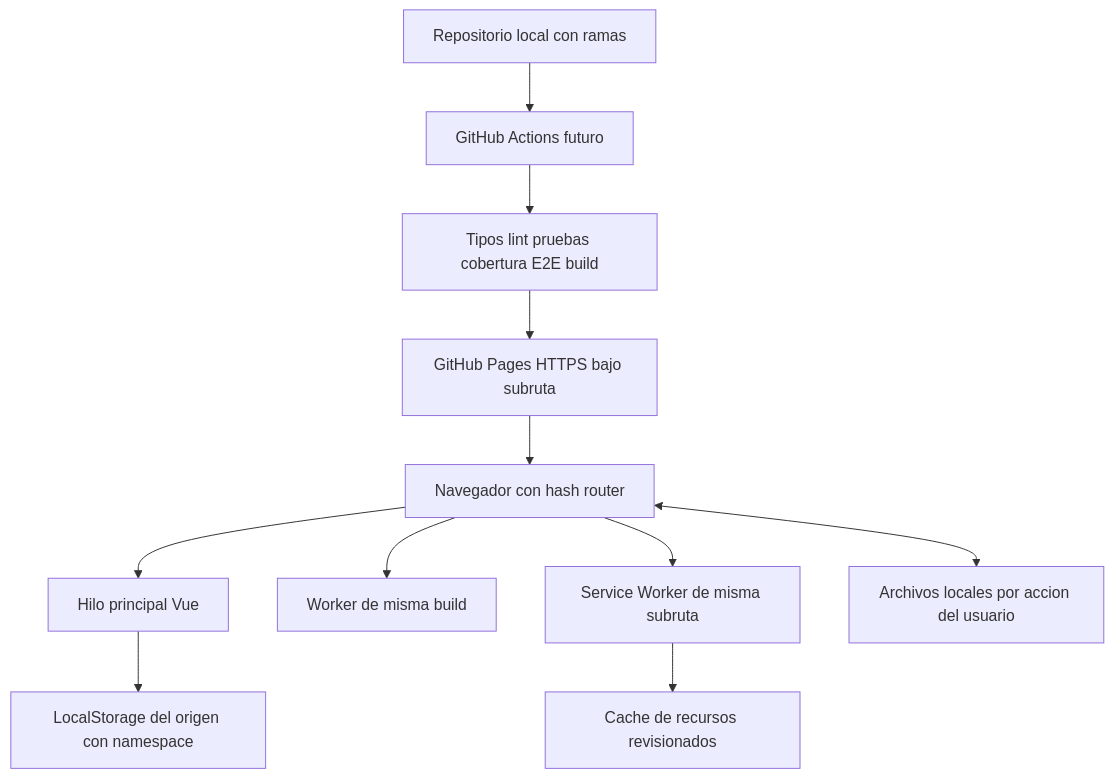
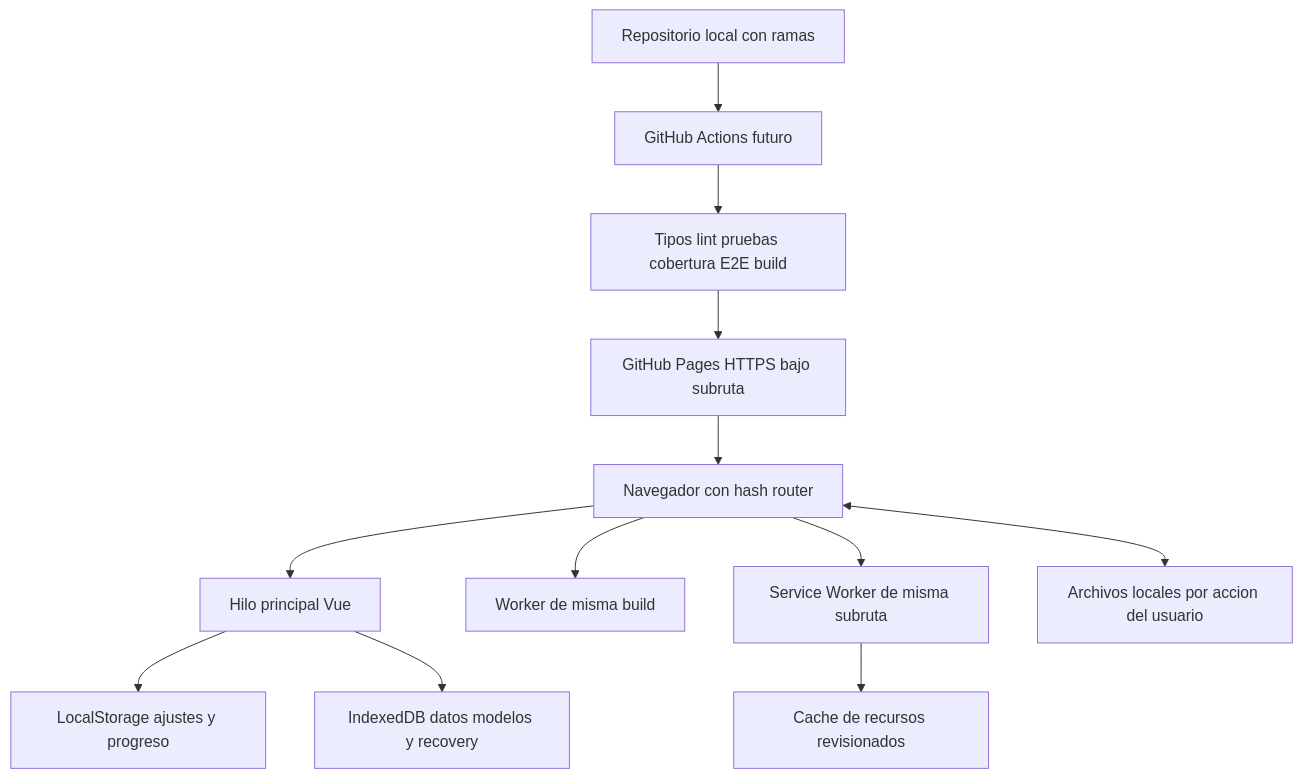
The diagram in docs/diagrams/11-despliegue.mmd (franmatias/neural-atlas), drawn with Mermaid before and after one commit. The commit also changed 65 other files, not shown here.

Commit message:
docs: validate revised design diagrams and GitHub publication target

```diff
--- a/docs/diagrams/11-despliegue.mmd
+++ b/docs/diagrams/11-despliegue.mmd
@@ -1,11 +1,12 @@
 flowchart TB
   Git[Repositorio local con ramas] --> CI[GitHub Actions futuro]
   CI --> Check[Tipos lint pruebas cobertura E2E build]
   Check --> Pages[GitHub Pages HTTPS bajo subruta]
   Pages --> Browser[Navegador con hash router]
   Browser --> UI[Hilo principal Vue]
   Browser --> Worker[Worker de misma build]
   Browser --> SW[Service Worker de misma subruta]
-  UI --> LS[LocalStorage del origen con namespace]
+  UI --> LS[LocalStorage ajustes y progreso]
+  UI --> IDB[IndexedDB datos modelos y recovery]
   SW --> Cache[Cache de recursos revisionados]
   Browser <--> Files[Archivos locales por accion del usuario]
```
